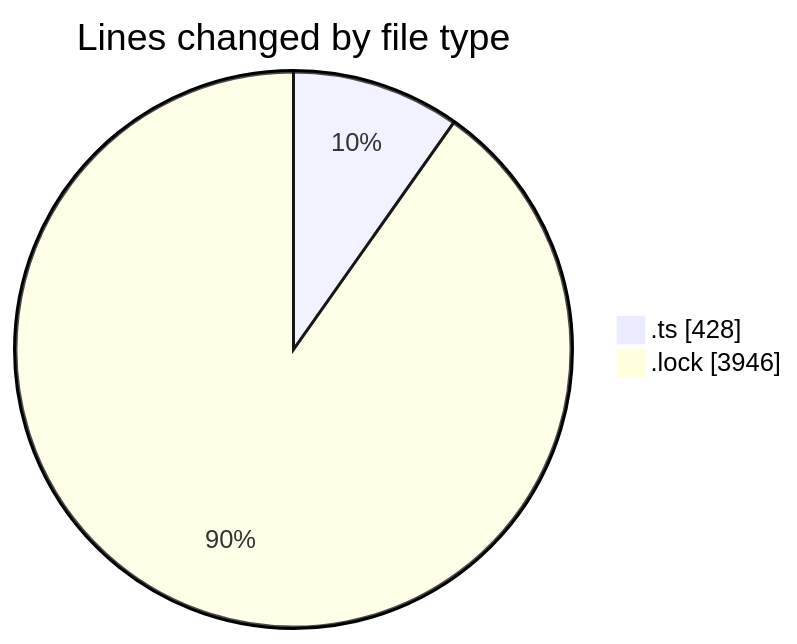
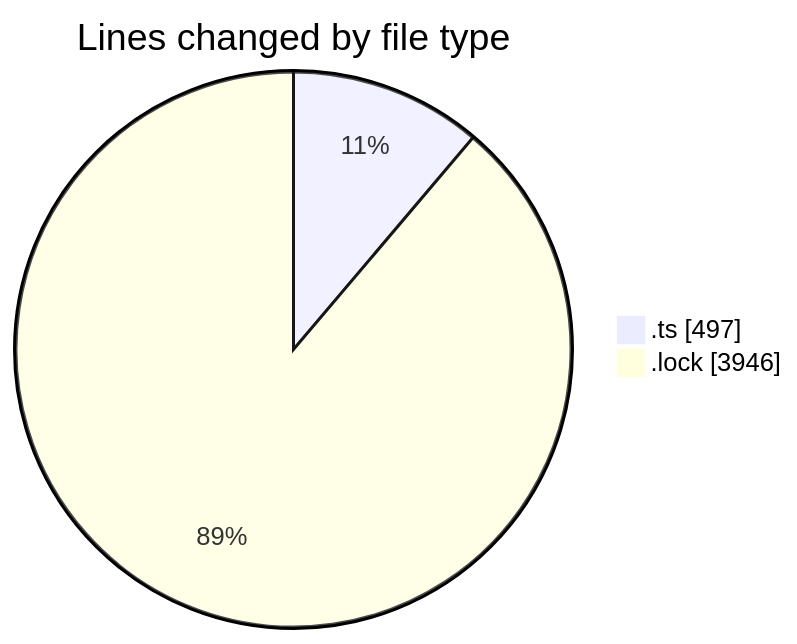
Before and after one commit to momahboobian/code-tracking: the first of 2 diagrams in 2025-08-19/cda/README.md, drawn with Mermaid. The commit also changed other lines of this file and 1 other file, not shown here.

````diff
--- a/2025-08-19/cda/README.md
+++ b/2025-08-19/cda/README.md
@@ -24,6 +24,6 @@
 ```mermaid
 pie showData
 title Lines changed by file type
-".ts" : 428
+".ts" : 497
 ".lock" : 3946
 ```
````
